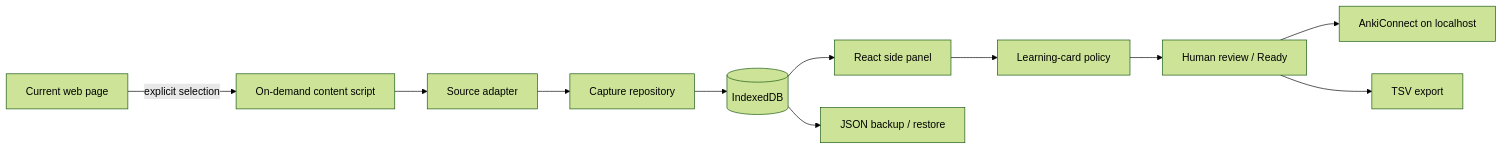
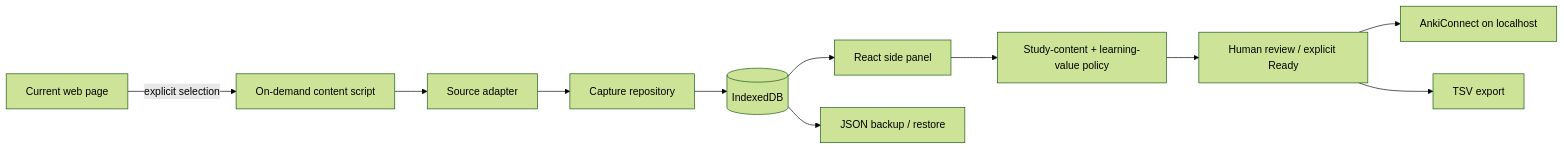
Before and after one commit to Iskanderrus/anki-cards-collector: the diagram in README.md, drawn with Mermaid (forest theme). The commit also changed other lines of this file, not shown here.

````diff
--- a/README.md
+++ b/README.md
@@ -59,13 +98,13 @@
 ```mermaid
 flowchart LR
     Page[Current web page] -->|explicit selection| Injected[On-demand content script]
     Injected --> Adapter[Source adapter]
     Adapter --> Repo[Capture repository]
     Repo --> DB[(IndexedDB)]
     DB --> Panel[React side panel]
-    Panel --> Policy[Learning-card policy]
-    Policy --> Review[Human review / Ready]
+    Panel --> Policy[Study-content + learning-value policy]
+    Policy --> Review[Human review / explicit Ready]
     Review --> Anki[AnkiConnect on localhost]
     Review --> TSV[TSV export]
     DB --> Backup[JSON backup / restore]
 ```
````
